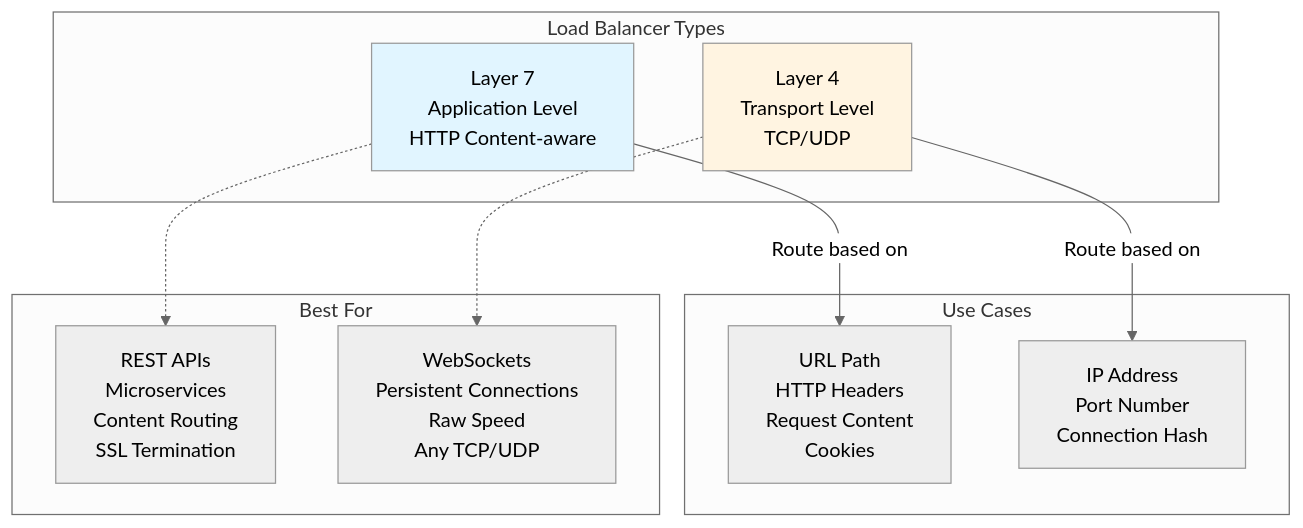
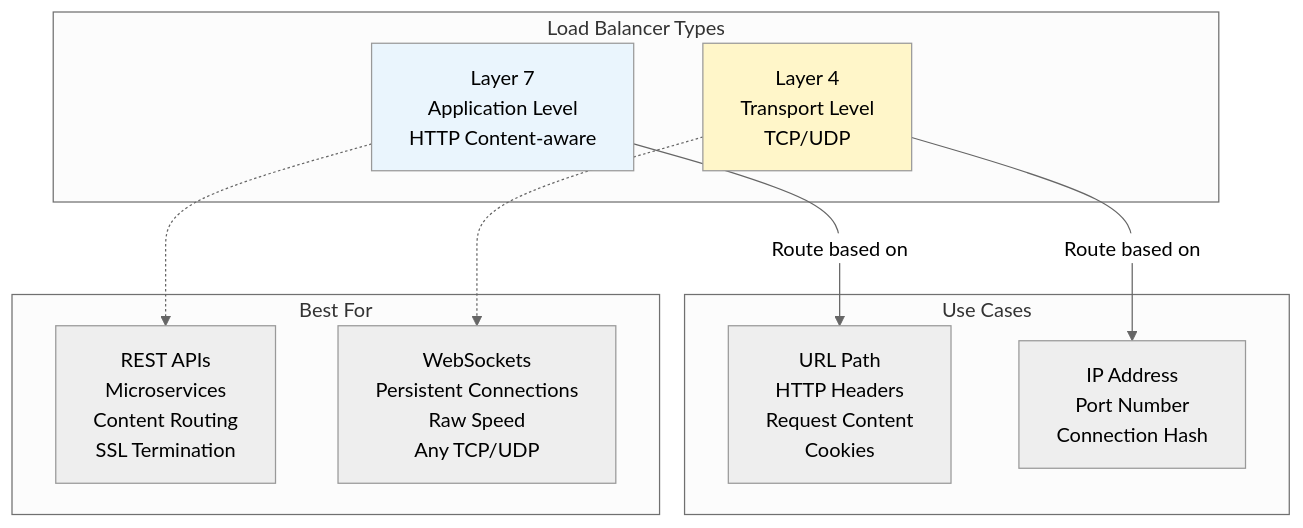
Before and after one commit to cartmancodes/InterviewVault: the sixth of 31 diagrams in LLD/CoreConcepts/Networking.md, drawn with Mermaid (neutral theme). The commit also changed other lines of this file and 679 other files, not shown here.

Commit message:
Unify content diagrams and add accessible visual walkthroughs

````diff
--- a/LLD/CoreConcepts/Networking.md
+++ b/LLD/CoreConcepts/Networking.md
@@ -230,20 +230,20 @@
 ```mermaid
 graph TB
     subgraph "Load Balancer Types"
         L7[Layer 7<br/>Application Level<br/>HTTP Content-aware]
         L4[Layer 4<br/>Transport Level<br/>TCP/UDP]
     end
     
     subgraph "Use Cases"
         L7 -->|Route based on| R1[URL Path<br/>HTTP Headers<br/>Request Content<br/>Cookies]
         L4 -->|Route based on| R2[IP Address<br/>Port Number<br/>Connection Hash]
     end
     
     subgraph "Best For"
         L7 -.-> B1[REST APIs<br/>Microservices<br/>Content Routing<br/>SSL Termination]
         L4 -.-> B2[WebSockets<br/>Persistent Connections<br/>Raw Speed<br/>Any TCP/UDP]
     end
     
-    style L7 fill:#e1f5ff
-    style L4 fill:#fff4e1
+    style L7 fill:#EAF5FD
+    style L4 fill:#FFF6C9
 ```
````
